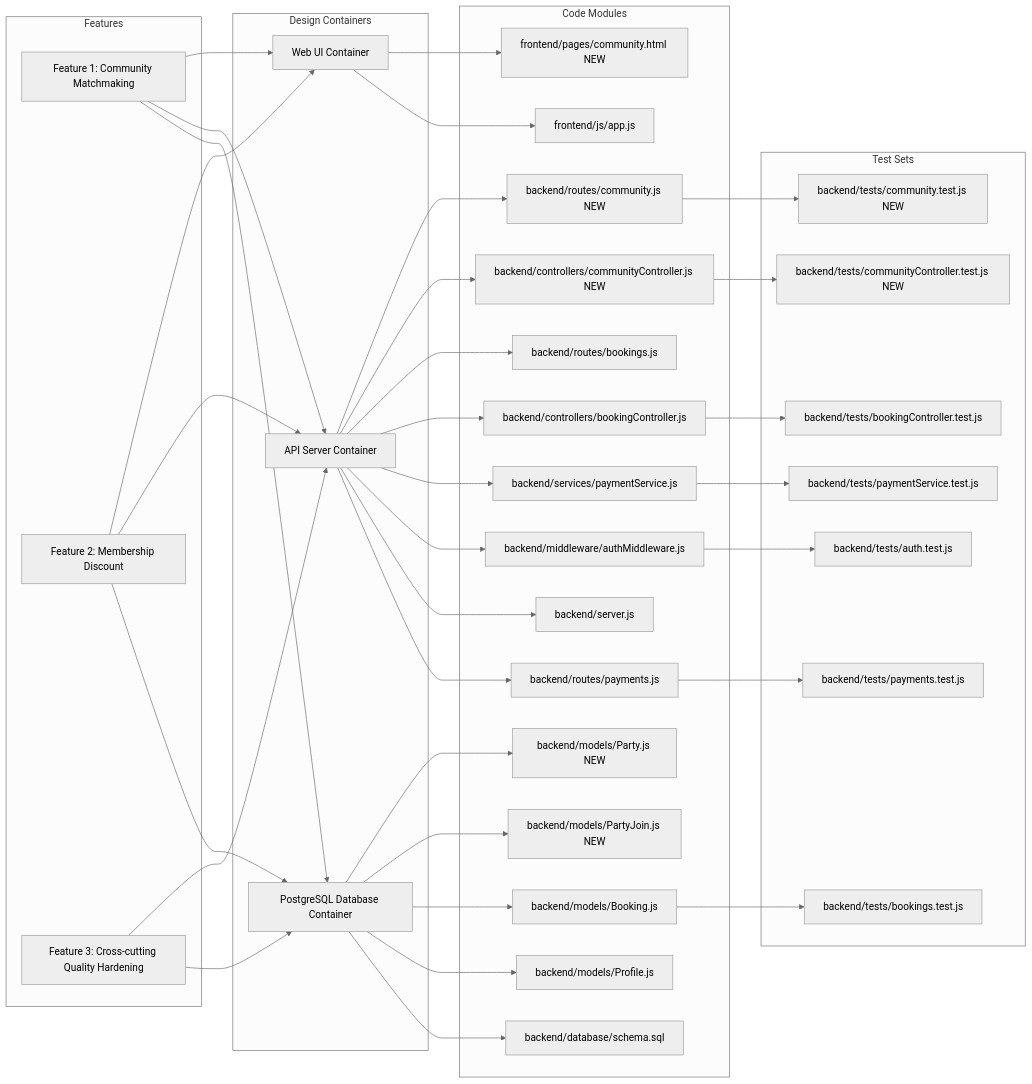
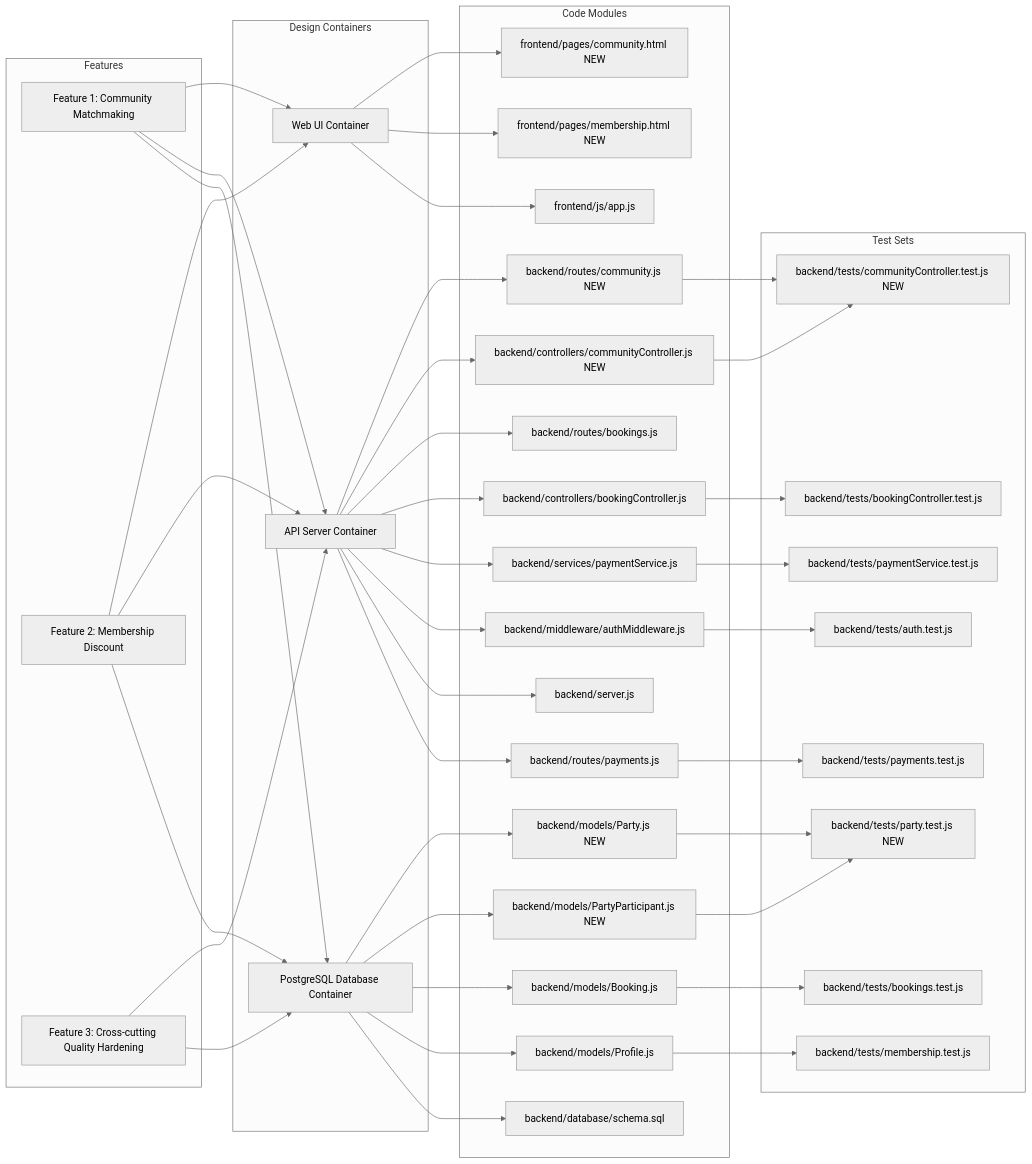
One commit to antnpwr/2025-ITCS383-FolkliyGrunt changed the first of 3 diagrams in D4_IMPACT_ANALYSIS.md. Above: the diagram before and after it, drawn with Mermaid (neutral theme). The commit also changed other lines of this file and 2 other files, not shown here.

Commit message:
feat: implement membership discount system and community matchmaking features

````diff
--- a/D4_IMPACT_ANALYSIS.md
+++ b/D4_IMPACT_ANALYSIS.md
@@ -35,30 +35,32 @@
 
   subgraph C[Code Modules]
     C1[frontend/pages/community.html NEW]
-    C2[frontend/js/app.js]
-    C3[backend/routes/community.js NEW]
-    C4[backend/controllers/communityController.js NEW]
-    C5[backend/models/Party.js NEW]
-    C6[backend/models/PartyJoin.js NEW]
-    C7[backend/routes/bookings.js]
-    C8[backend/controllers/bookingController.js]
-    C9[backend/models/Booking.js]
-    C10[backend/models/Profile.js]
-    C11[backend/services/paymentService.js]
-    C12[backend/middleware/authMiddleware.js]
-    C13[backend/database/schema.sql]
-    C14[backend/server.js]
-    C15[backend/routes/payments.js]
+    C2[frontend/pages/membership.html NEW]
+    C3[frontend/js/app.js]
+    C4[backend/routes/community.js NEW]
+    C5[backend/controllers/communityController.js NEW]
+    C6[backend/models/Party.js NEW]
+    C7[backend/models/PartyParticipant.js NEW]
+    C8[backend/routes/bookings.js]
+    C9[backend/controllers/bookingController.js]
+    C10[backend/models/Booking.js]
+    C11[backend/models/Profile.js]
+    C12[backend/services/paymentService.js]
+    C13[backend/middleware/authMiddleware.js]
+    C14[backend/database/schema.sql]
+    C15[backend/server.js]
+    C16[backend/routes/payments.js]
   end
 
   subgraph T[Test Sets]
-    T1[backend/tests/community.test.js NEW]
-    T2[backend/tests/communityController.test.js NEW]
+    T1[backend/tests/communityController.test.js NEW]
+    T2[backend/tests/party.test.js NEW]
     T3[backend/tests/bookings.test.js]
     T4[backend/tests/bookingController.test.js]
     T5[backend/tests/payments.test.js]
     T6[backend/tests/paymentService.test.js]
-    T7[backend/tests/auth.test.js]
+    T7[backend/tests/membership.test.js]
+    T8[backend/tests/auth.test.js]
   end
 
   F1 --> D1
@@ -74,27 +76,31 @@
 
   D1 --> C1
   D1 --> C2
+  D1 --> C3
 
-  D2 --> C3
   D2 --> C4
-  D2 --> C7
+  D2 --> C5
   D2 --> C8
-  D2 --> C11
+  D2 --> C9
   D2 --> C12
-  D2 --> C14
+  D2 --> C13
   D2 --> C15
+  D2 --> C16
 
-  D3 --> C5
   D3 --> C6
-  D3 --> C9
+  D3 --> C7
   D3 --> C10
-  D3 --> C13
+  D3 --> C11
+  D3 --> C14
 
-  C3 --> T1
-  C4 --> T2
-  C8 --> T4
-  C9 --> T3
-  C11 --> T6
-  C15 --> T5
-  C12 --> T7
+  C4 --> T1
+  C5 --> T1
+  C6 --> T2
+  C7 --> T2
+  C9 --> T4
+  C10 --> T3
+  C12 --> T6
+  C16 --> T5
+  C11 --> T7
+  C13 --> T8
 ```
````
